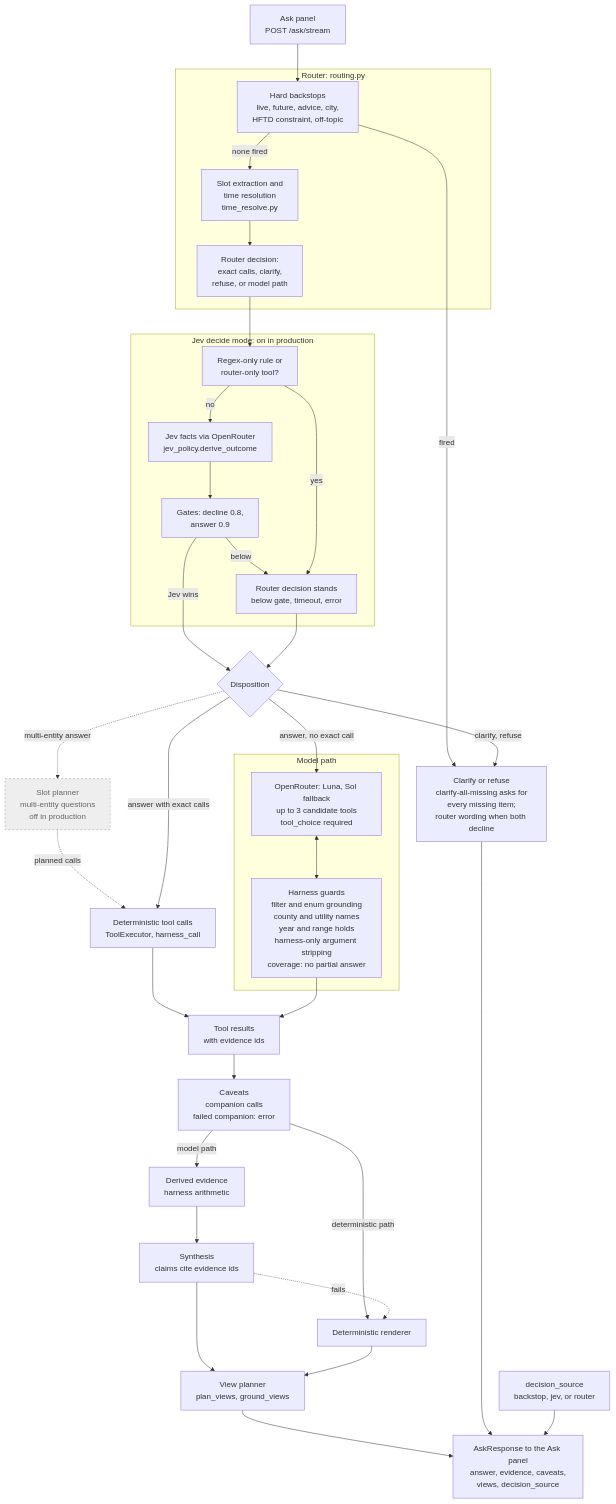
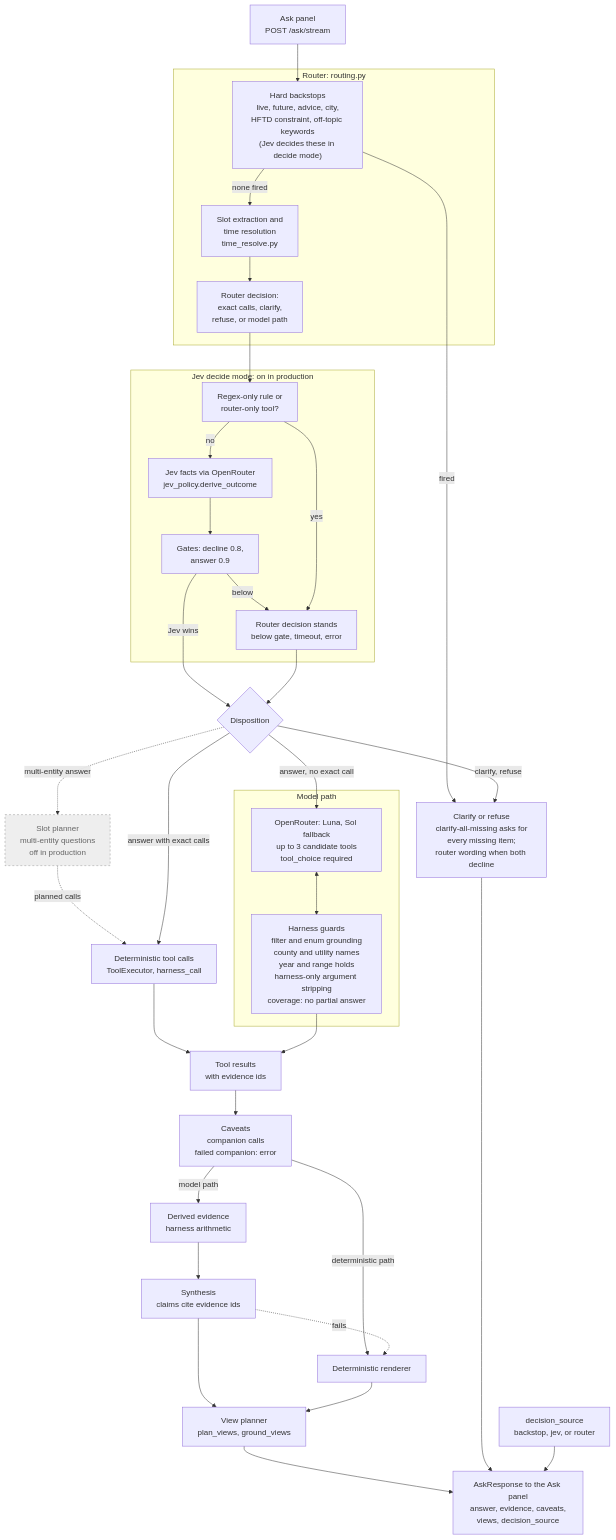
The second of 3 diagrams in README.md (Woody-Zhu-Group/Wildfire-Platform), drawn with Mermaid before and after one commit. The commit also changed 16 other files, not shown here.

First line of the commit message:
Topic keyword refusals are Jev's off_topic judgment in decide mode (#97).

````diff
--- a/README.md
+++ b/README.md
@@ -67,72 +67,72 @@
 ```mermaid
 flowchart TD
     Ask["Ask panel<br>POST /ask/stream"] --> BS
 
     subgraph Router["Router: routing.py"]
-        BS["Hard backstops<br>live, future, advice, city,<br>HFTD constraint, off-topic"]
+        BS["Hard backstops<br>live, future, advice, city,<br>HFTD constraint, off-topic keywords<br>(Jev decides these in decide mode)"]
         Slots["Slot extraction and<br>time resolution<br>time_resolve.py"]
         Rule["Router decision:<br>exact calls, clarify,<br>refuse, or model path"]
         BS -->|"none fired"| Slots --> Rule
     end
 
     subgraph Decide["Jev decide mode: on in production"]
         Skip["Regex-only rule or<br>router-only tool?"]
         JevAsk["Jev facts via OpenRouter<br>jev_policy.derive_outcome"]
         Gates["Gates: decline 0.8,<br>answer 0.9"]
         Stand["Router decision stands<br>below gate, timeout, error"]
         Skip -->|"no"| JevAsk --> Gates
         Gates -->|"below"| Stand
     end
 
     Rule --> Skip
     Skip -->|"yes"| Stand
 
     Disp{"Disposition"}
     Gates -->|"Jev wins"| Disp
     Stand --> Disp
     BS -->|"fired"| Decline
 
     Decline["Clarify or refuse<br>clarify-all-missing asks for<br>every missing item;<br>router wording when both decline"]
     Disp -->|"clarify, refuse"| Decline
 
     Plan["Slot planner<br>multi-entity questions<br>off in production"]
     Disp -.->|"multi-entity answer"| Plan
     Plan -.->|"planned calls"| Det
     Disp -->|"answer with exact calls"| Det
     Disp -->|"answer, no exact call"| Model
 
     Det["Deterministic tool calls<br>ToolExecutor, harness_call"]
 
     subgraph ModelPath["Model path"]
         Model["OpenRouter: Luna, Sol fallback<br>up to 3 candidate tools<br>tool_choice required"]
         Guards["Harness guards<br>filter and enum grounding<br>county and utility names<br>year and range holds<br>harness-only argument stripping<br>coverage: no partial answer"]
         Model <--> Guards
     end
 
     Tools["Tool results<br>with evidence ids"]
     Det --> Tools
     Guards --> Tools
 
     Caveats["Caveats<br>companion calls<br>failed companion: error"]
     Tools --> Caveats
 
     Derived["Derived evidence<br>harness arithmetic"]
     Synth["Synthesis<br>claims cite evidence ids"]
     Render["Deterministic renderer"]
     Caveats -->|"model path"| Derived --> Synth
     Caveats -->|"deterministic path"| Render
     Synth -.->|"fails"| Render
 
     Views["View planner<br>plan_views, ground_views"]
     Synth --> Views
     Render --> Views
 
     Source["decision_source<br>backstop, jev, or router"]
     Resp["AskResponse to the Ask panel<br>answer, evidence, caveats,<br>views, decision_source"]
     Views --> Resp
     Decline --> Resp
     Source --> Resp
 
     classDef off fill:#eeeeee,stroke:#999999,color:#666666,stroke-dasharray: 4 4
     class Plan off
 ```
````
